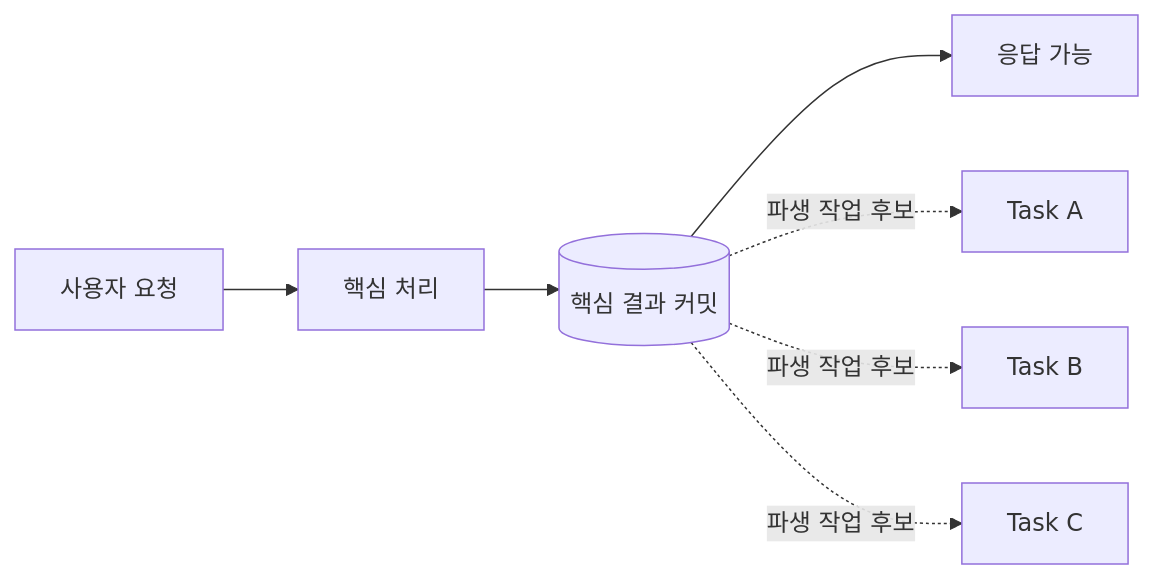
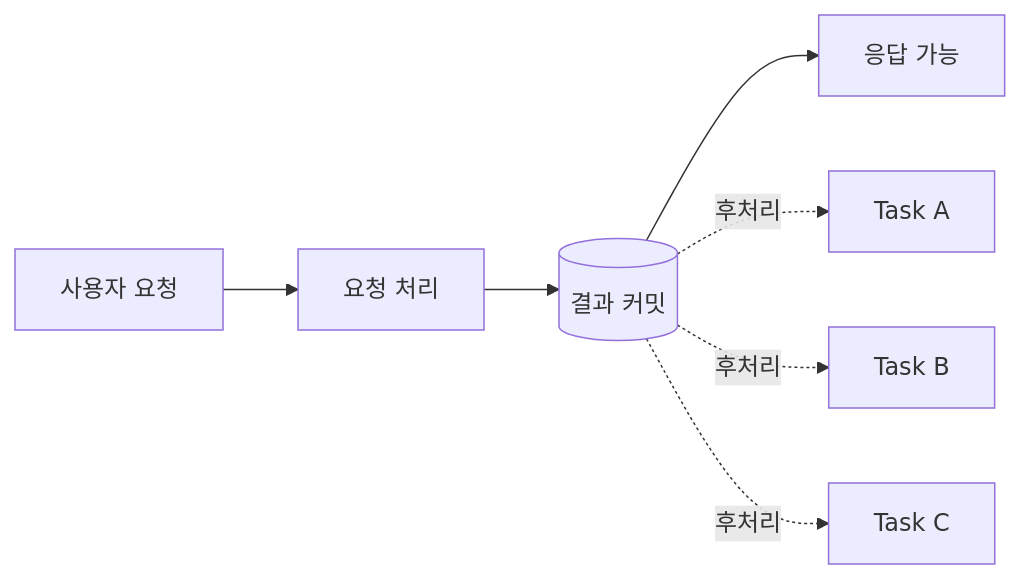
Before and after one commit to jiwon11/jiwon11.github.io: the first of 10 diagrams in _posts/2026-06-29-ai-conversation-post-processing-pipeline.md, drawn with Mermaid. The commit also changed other lines of this file and 6 other files, not shown here.

```diff
--- a/_posts/2026-06-29-ai-conversation-post-processing-pipeline.md
+++ b/_posts/2026-06-29-ai-conversation-post-processing-pipeline.md
@@ -40,9 +40,9 @@
 ~~~mermaid
 flowchart LR
-    R["사용자 요청"] --> K["핵심 처리"]
-    K --> DB[("핵심 결과 커밋")]
+    R["사용자 요청"] --> K["요청 처리"]
+    K --> DB[("결과 커밋")]
     DB --> H["응답 가능"]
-    DB -. "파생 작업 후보" .-> A["Task A"]
-    DB -. "파생 작업 후보" .-> B["Task B"]
-    DB -. "파생 작업 후보" .-> C["Task C"]
+    DB -. "후처리" .-> A["Task A"]
+    DB -. "후처리" .-> B["Task B"]
+    DB -. "후처리" .-> C["Task C"]
 ~~~
```
